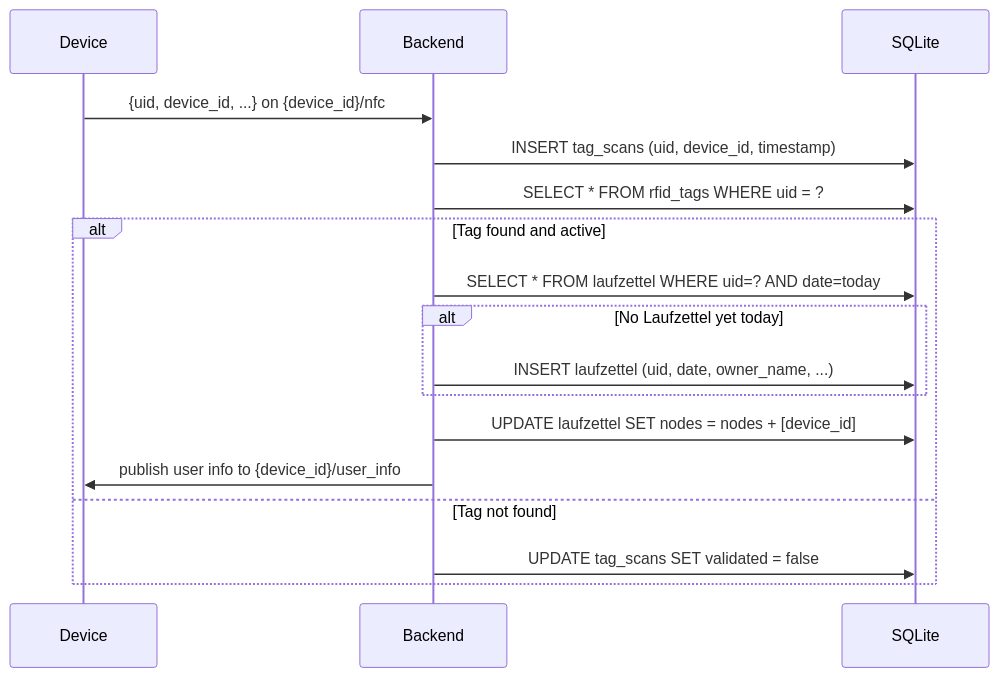
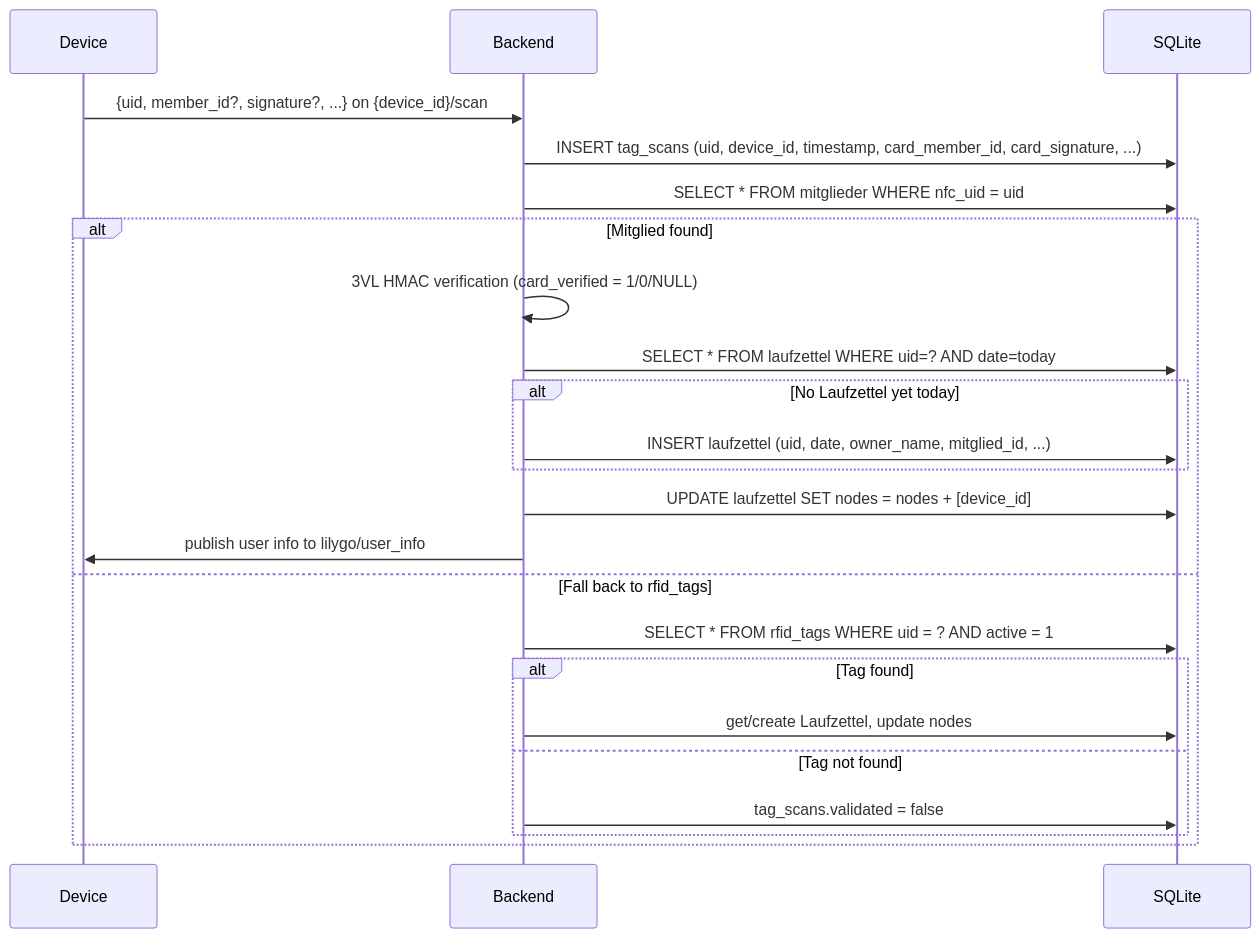
The second of 2 diagrams in docs/06-mqtt-data-flow.en.md (AlexErlewein/MakerPi_GroundControl), drawn with Mermaid before and after one commit. The commit also changed other lines of this file and 13 other files, not shown here.

````diff
--- a/docs/06-mqtt-data-flow.en.md
+++ b/docs/06-mqtt-data-flow.en.md
@@ -38,20 +41,26 @@
 ```mermaid
 sequenceDiagram
     participant D as Device
     participant GC as Backend
     participant DB as SQLite
 
-    D->>GC: {uid, device_id, ...} on {device_id}/nfc
-    GC->>DB: INSERT tag_scans (uid, device_id, timestamp)
-    GC->>DB: SELECT * FROM rfid_tags WHERE uid = ?
-    alt Tag found and active
+    D->>GC: {uid, member_id?, signature?, ...} on {device_id}/scan
+    GC->>DB: INSERT tag_scans (uid, device_id, timestamp, card_member_id, card_signature, ...)
+    GC->>DB: SELECT * FROM mitglieder WHERE nfc_uid = uid
+    alt Mitglied found
+        GC->>GC: 3VL HMAC verification (card_verified = 1/0/NULL)
         GC->>DB: SELECT * FROM laufzettel WHERE uid=? AND date=today
         alt No Laufzettel yet today
-            GC->>DB: INSERT laufzettel (uid, date, owner_name, ...)
+            GC->>DB: INSERT laufzettel (uid, date, owner_name, mitglied_id, ...)
         end
         GC->>DB: UPDATE laufzettel SET nodes = nodes + [device_id]
-        GC->>D: publish user info to {device_id}/user_info
-    else Tag not found
-        GC->>DB: UPDATE tag_scans SET validated = false
+        GC->>D: publish user info to lilygo/user_info
+    else Fall back to rfid_tags
+        GC->>DB: SELECT * FROM rfid_tags WHERE uid = ? AND active = 1
+        alt Tag found
+            GC->>DB: get/create Laufzettel, update nodes
+        else Tag not found
+            GC->>DB: tag_scans.validated = false
+        end
     end
 ```
````
